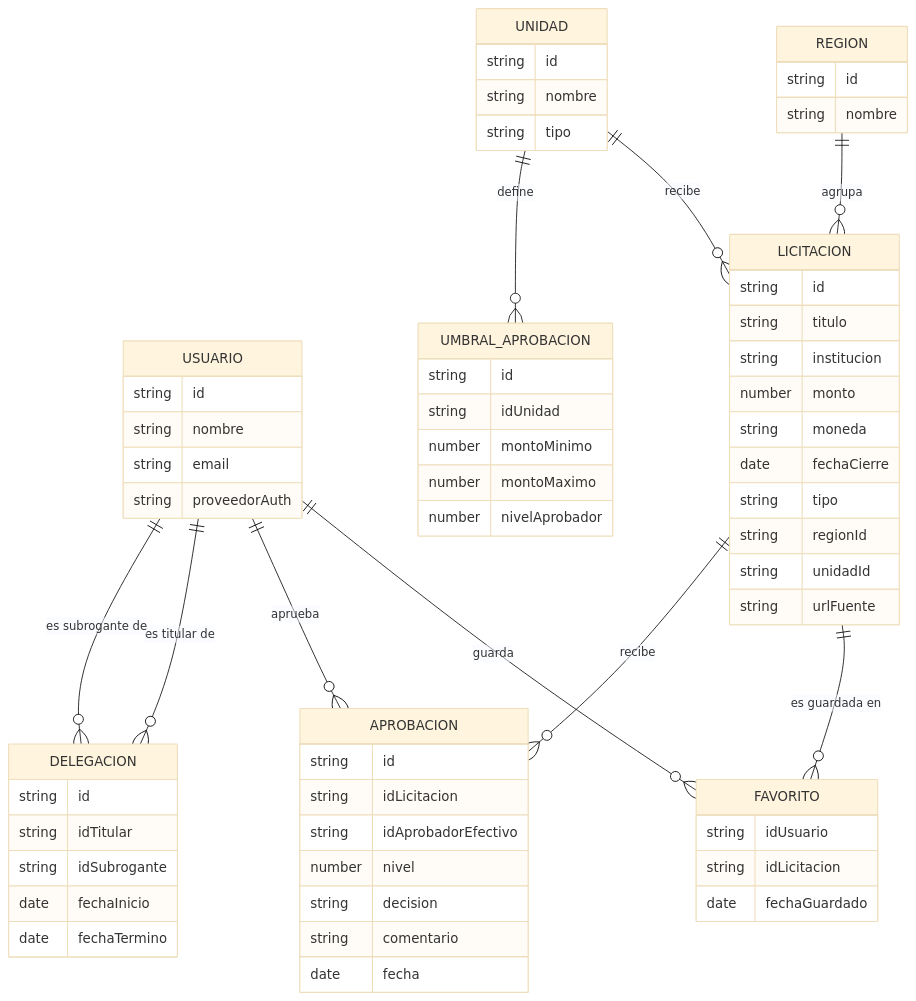
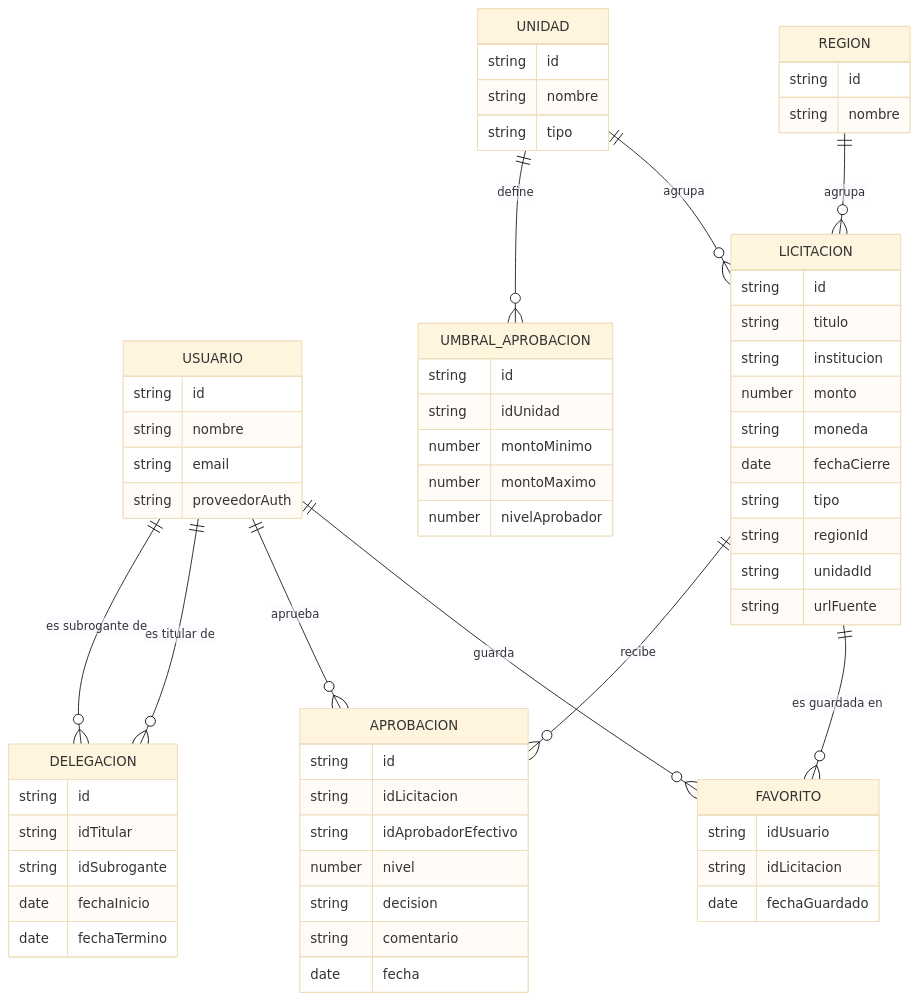
One commit to Wilson-Jara/LicitacionesUV changed the diagram in README.md. Above: the diagram before and after it, drawn with Mermaid (base theme). The commit also changed other lines of this file and 2 other files, not shown here.

````diff
--- a/README.md
+++ b/README.md
@@ -78,67 +78,67 @@
 ```mermaid
 erDiagram
     USUARIO ||--o{ FAVORITO : guarda
     LICITACION ||--o{ FAVORITO : "es guardada en"
     REGION ||--o{ LICITACION : agrupa
-    UNIDAD ||--o{ LICITACION : recibe
+    UNIDAD ||--o{ LICITACION : agrupa
     UNIDAD ||--o{ UMBRAL_APROBACION : define
     USUARIO ||--o{ APROBACION : aprueba
     LICITACION ||--o{ APROBACION : recibe
     USUARIO ||--o{ DELEGACION : "es titular de"
     USUARIO ||--o{ DELEGACION : "es subrogante de"
     USUARIO {
         string id
         string nombre
         string email
         string proveedorAuth
     }
     LICITACION {
         string id
         string titulo
         string institucion
         number monto
         string moneda
         date fechaCierre
         string tipo
         string regionId
         string unidadId
         string urlFuente
     }
     FAVORITO {
         string idUsuario
         string idLicitacion
         date fechaGuardado
     }
     REGION {
         string id
         string nombre
     }
     UNIDAD {
         string id
         string nombre
         string tipo
     }
     APROBACION {
         string id
         string idLicitacion
         string idAprobadorEfectivo
         number nivel
         string decision
         string comentario
         date fecha
     }
     DELEGACION {
         string id
         string idTitular
         string idSubrogante
         date fechaInicio
         date fechaTermino
     }
     UMBRAL_APROBACION {
         string id
         string idUnidad
         number montoMinimo
         number montoMaximo
         number nivelAprobador
     }
 ```
````
